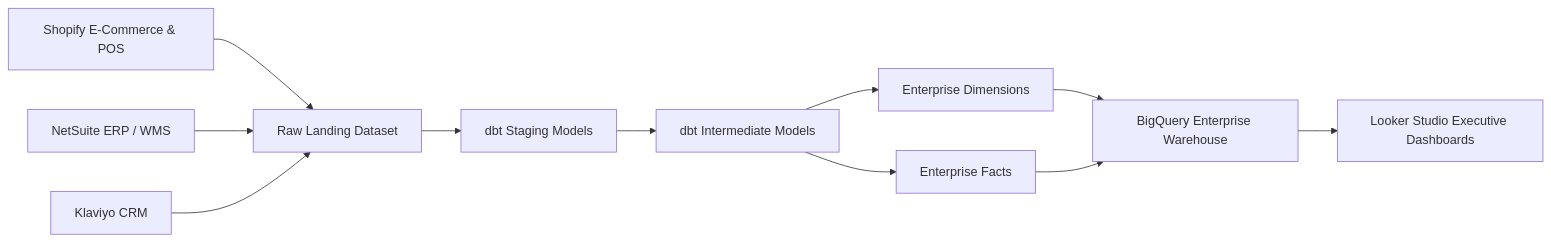
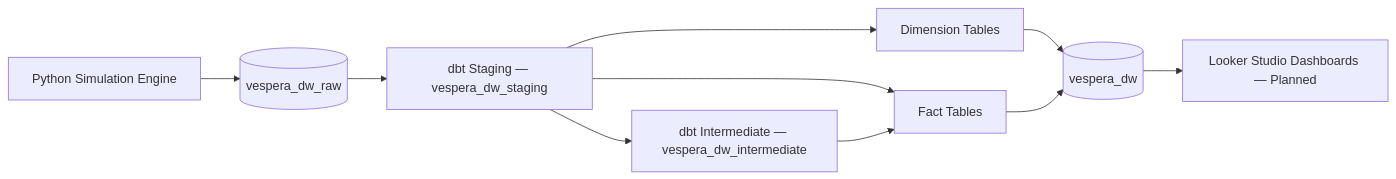
Before and after one commit to jovync/analytics-portfolio: the second of 2 diagrams in vespera-analytics-platform/docs/02_architecture/05_data_dictionary.md, drawn with Mermaid. The commit also changed other lines of this file and 4 other files, not shown here.

Commit message:
docs: reconcile star schema and data dictionary against actual dbt implementation (v1.3)

````diff
--- a/vespera-analytics-platform/docs/02_architecture/05_data_dictionary.md
+++ b/vespera-analytics-platform/docs/02_architecture/05_data_dictionary.md
@@ -434,32 +447,18 @@
 ```mermaid
 flowchart LR
 
-A[Shopify E-Commerce & POS]
-B[NetSuite ERP / WMS]
-C[Klaviyo CRM]
+PY[Python Simulation Engine]
 
-D[Raw Landing Dataset]
+PY --> RAW[(vespera_dw_raw)]
 
-E[dbt Staging Models]
-F[dbt Intermediate Models]
-G[Enterprise Dimensions]
-H[Enterprise Facts]
+RAW --> STG[dbt Staging — vespera_dw_staging]
+STG --> INT[dbt Intermediate — vespera_dw_intermediate]
+STG --> DIM[Dimension Tables]
+STG --> FACT[Fact Tables]
+INT --> FACT
 
-I[BigQuery Enterprise Warehouse]
+DIM --> DW[(vespera_dw)]
+FACT --> DW
 
-J[Looker Studio Executive Dashboards]
-
-A --> D
-B --> D
-C --> D
-
-D --> E
-E --> F
-F --> G
-F --> H
-
-G --> I
-H --> I
-
-I --> J
+DW --> LOOKER[Looker Studio Dashboards — Planned]
 ```
````
